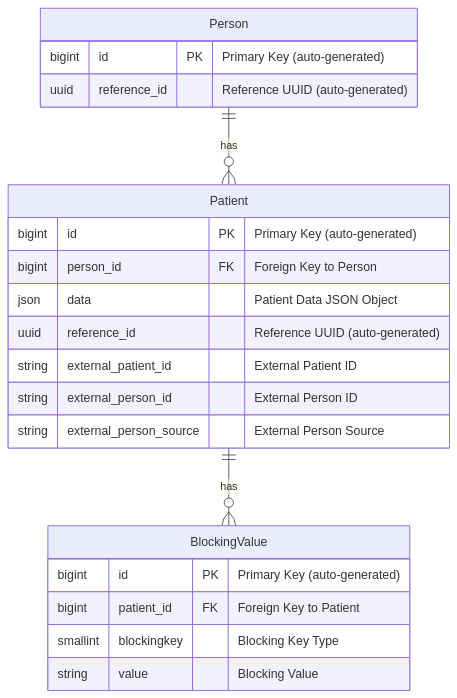
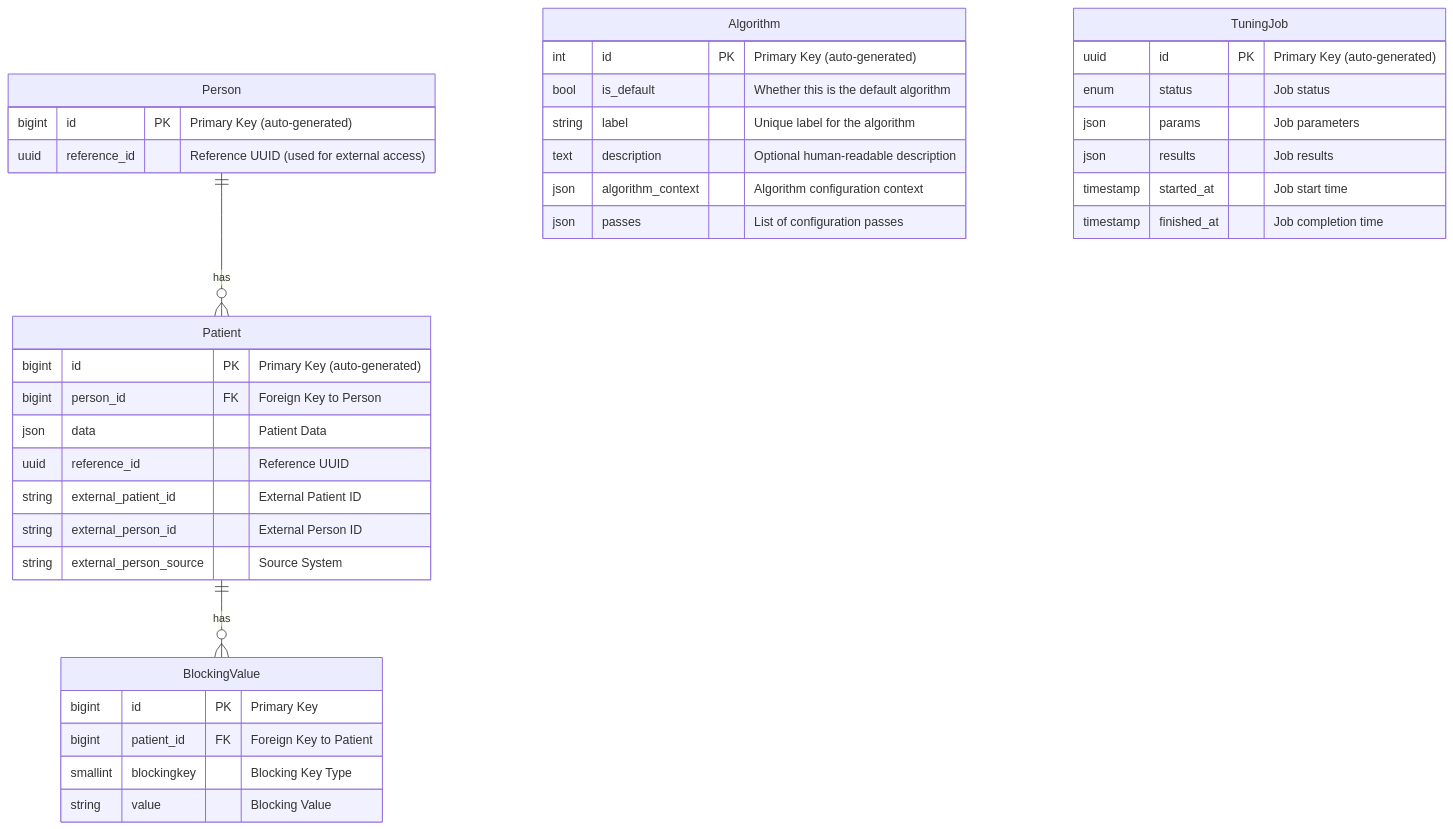
One commit to CDCgov/RecordLinker changed the diagram in docs/site/schema-design.md. Above: the diagram before and after it, drawn with Mermaid. The commit also changed other lines of this file and 2 other files, not shown here.

Commit message:
splitting algo and schema design into two markdown docs

````diff
--- a/docs/site/schema-design.md
+++ b/docs/site/schema-design.md
@@ -25,29 +37,48 @@
 ```mermaid
 erDiagram
     accTitle: Master Patient Index (MPI) Entity Relationship Diagram
-    accDescr: This diagram illustrates the relationships between the Person, Patient, and BlockingValue models.
+    accDescr: This diagram illustrates the relationships between the tables in the database.
+
     Person {
         bigint id PK "Primary Key (auto-generated)"
-        uuid reference_id "Reference UUID (auto-generated)"
+        uuid reference_id "Reference UUID (used for external access)"
     }
 
     Patient {
         bigint id PK "Primary Key (auto-generated)"
         bigint person_id FK "Foreign Key to Person"
-        json data "Patient Data JSON Object"
-        uuid reference_id "Reference UUID (auto-generated)"
+        json data "Patient Data"
+        uuid reference_id "Reference UUID"
         string external_patient_id "External Patient ID"
         string external_person_id "External Person ID"
-        string external_person_source "External Person Source"
+        string external_person_source "Source System"
     }
 
     BlockingValue {
-        bigint id PK "Primary Key (auto-generated)"
+        bigint id PK "Primary Key"
         bigint patient_id FK "Foreign Key to Patient"
         smallint blockingkey "Blocking Key Type"
         string value "Blocking Value"
     }
 
+    Algorithm {
+        int id PK "Primary Key (auto-generated)"
+        bool is_default "Whether this is the default algorithm"
+        string label "Unique label for the algorithm"
+        text description "Optional human-readable description"
+        json algorithm_context "Algorithm configuration context"
+        json passes "List of configuration passes"
+    }
+
+    TuningJob {
+        uuid id PK "Primary Key (auto-generated)"
+        enum status "Job status"
+        json params "Job parameters"
+        json results "Job results"
+        timestamp started_at "Job start time"
+        timestamp finished_at "Job completion time"
+    }
+
     Person ||--o{ Patient : "has"
     Patient ||--o{ BlockingValue : "has"
 ```
````
